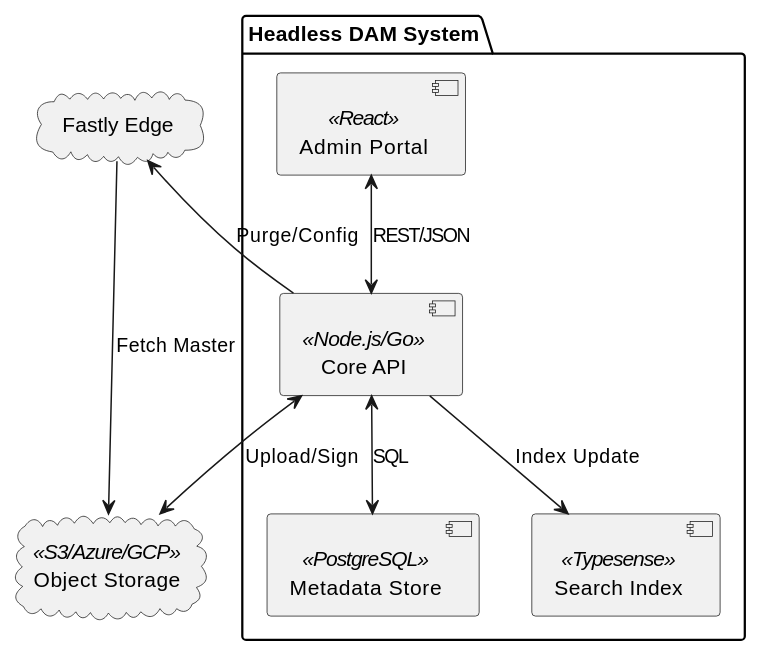
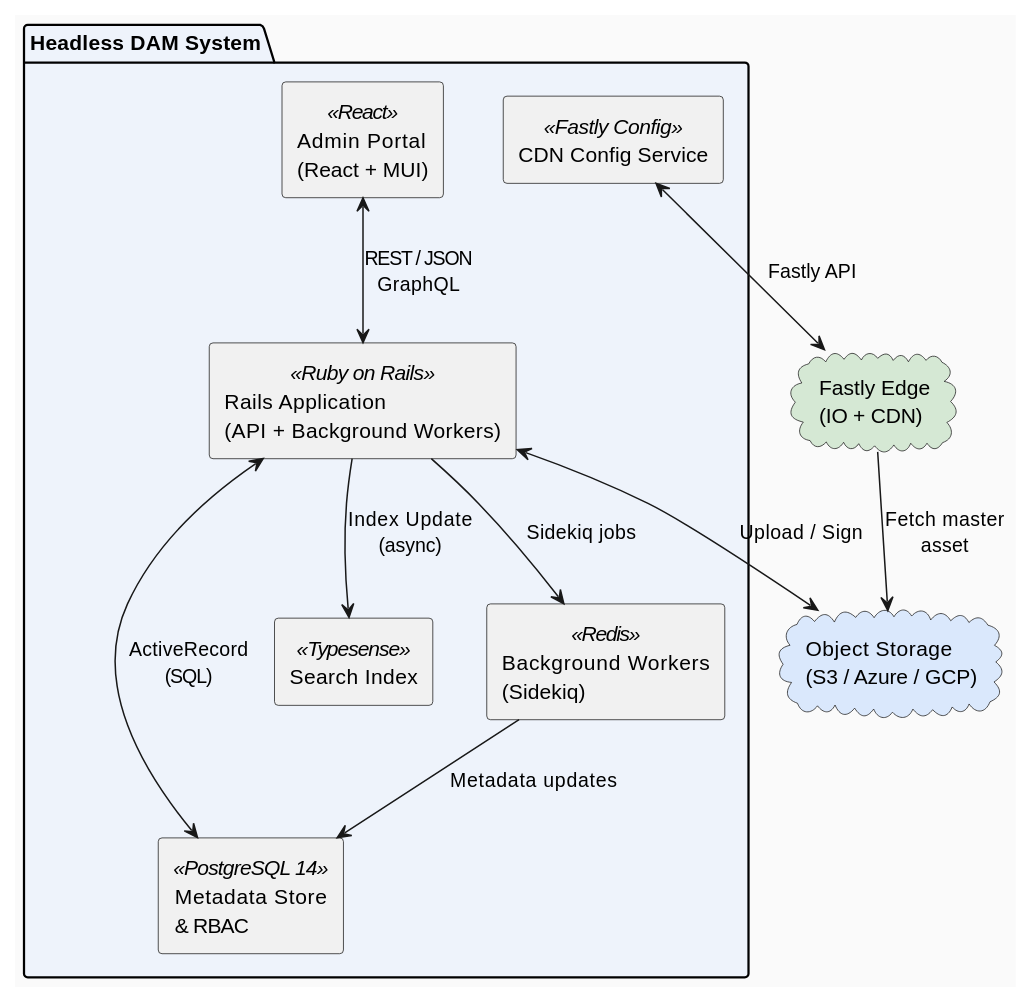
The first of 2 diagrams in docs/architecture/src/05_building_block_view.adoc (Capri-Labs/capri-dam), drawn with PlantUML before and after one commit. The commit also changed other lines of this file and 11 other files, not shown here.

Commit message:
GitHub Actions + arc42 theme + updated architecture docs

```diff
--- a/docs/architecture/src/05_building_block_view.adoc
+++ b/docs/architecture/src/05_building_block_view.adoc
@@ -7,21 +9,29 @@
 [plantuml, target="level-1-overview", format="svg"]
 ....
 @startuml
-package "Headless DAM System" {
-    component [Admin Portal] as GUI <<React>>
-    component [Core API] as API <<Node.js/Go>>
-    database [Metadata Store] as DB <<PostgreSQL>>
+skinparam backgroundColor #FAFAFA
+skinparam componentStyle rectangle
+skinparam defaultFontName Helvetica
+
+package "Headless DAM System" #EEF3FB {
+    component [Admin Portal\n(React + MUI)] as GUI <<React>>
+    component [Rails Application\n(API + Background Workers)] as API <<Ruby on Rails>>
+    database  [Metadata Store\n& RBAC] as DB <<PostgreSQL 14>>
     component [Search Index] as Search <<Typesense>>
+    component [Background Workers\n(Sidekiq)] as Workers <<Redis>>
+    component [CDN Config Service] as CDN <<Fastly Config>>
 }
 
-cloud "Fastly Edge" as Fastly
-cloud "Object Storage" as Storage <<S3/Azure/GCP>>
+cloud "Fastly Edge\n(IO + CDN)" as Fastly #D5E8D4
+cloud "Object Storage\n(S3 / Azure / GCP)" as Storage #DAE8FC
 
-GUI <--> API : "REST/JSON"
-API <--> DB : "SQL"
-API --> Search : "Index Update"
-API <--> Storage : "Upload/Sign"
-Fastly --> Storage : "Fetch Master"
-Fastly <-- API : "Purge/Config"
+GUI    <--> API     : REST / JSON\nGraphQL
+API    <--> DB      : ActiveRecord\n(SQL)
+API    --> Search   : Index Update\n(async)
+API    <--> Storage : Upload / Sign
+API    --> Workers  : Sidekiq jobs
+Workers --> DB      : Metadata updates
+CDN    <--> Fastly  : Fastly API
+Fastly --> Storage  : Fetch master\nasset
 @enduml
 ....
```
